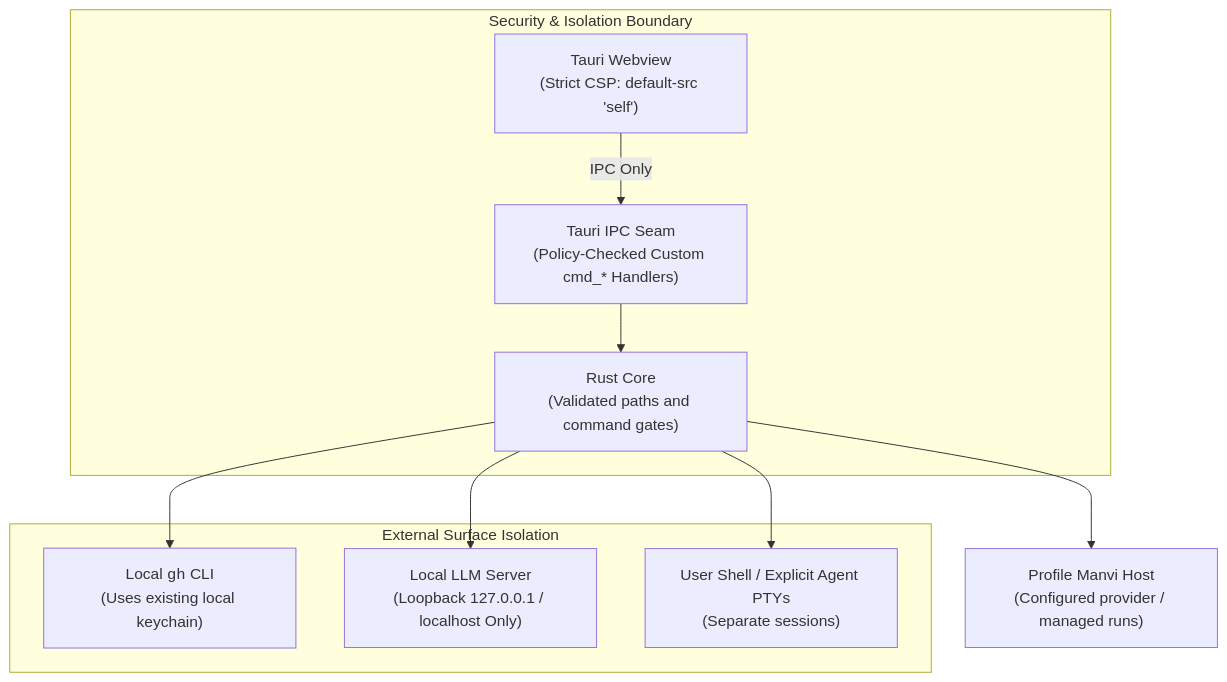
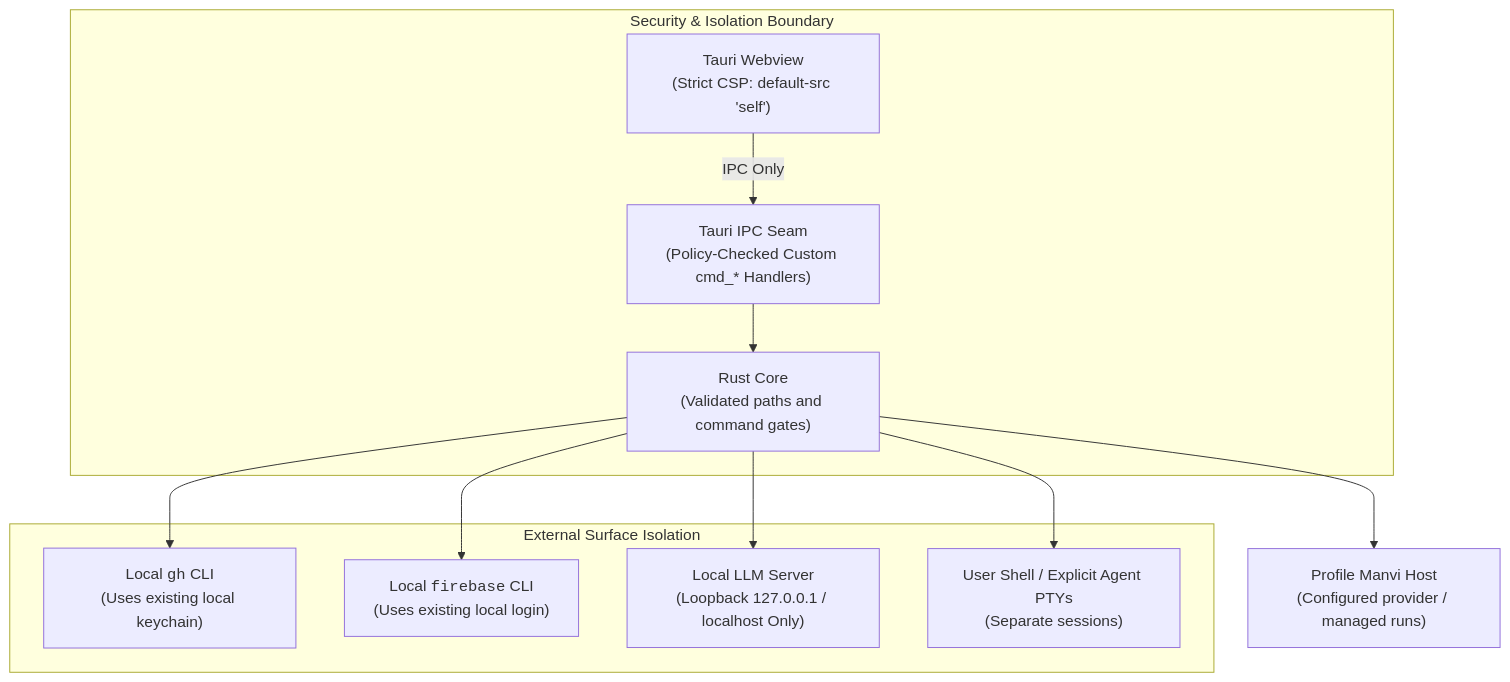
Before and after one commit to bharathvbcr/GitPulse: the diagram in docs/SECURITY.md, drawn with Mermaid. The commit also changed other lines of this file and 23 other files, not shown here.

````diff
--- a/docs/SECURITY.md
+++ b/docs/SECURITY.md
@@ -12,22 +12,24 @@
 ```mermaid
 flowchart TD
     subgraph Boundary["Security & Isolation Boundary"]
         Webview["Tauri Webview<br/>(Strict CSP: default-src 'self')"]
         IPCBoundary["Tauri IPC Seam<br/>(Policy-Checked Custom cmd_* Handlers)"]
         LocalEngine["Rust Core<br/>(Validated paths and command gates)"]
         
         Webview -->|IPC Only| IPCBoundary
         IPCBoundary --> LocalEngine
     end
 
     subgraph ExternalSurfaces["External Surface Isolation"]
         LocalGH["Local <code>gh</code> CLI<br/>(Uses existing local keychain)"]
+        LocalFB["Local <code>firebase</code> CLI<br/>(Uses existing local login)"]
         LocalAI["Local LLM Server<br/>(Loopback 127.0.0.1 / localhost Only)"]
         PTY["User Shell / Explicit Agent PTYs<br/>(Separate sessions)"]
     end
 
     LocalEngine --> LocalGH
+    LocalEngine --> LocalFB
     LocalEngine --> LocalAI
     LocalEngine --> PTY
     LocalEngine --> ProfileManvi["Profile Manvi Host<br/>(Configured provider / managed runs)"]
 ```
````
